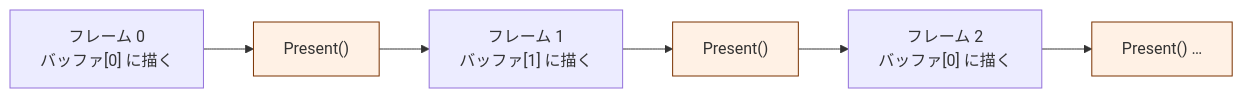
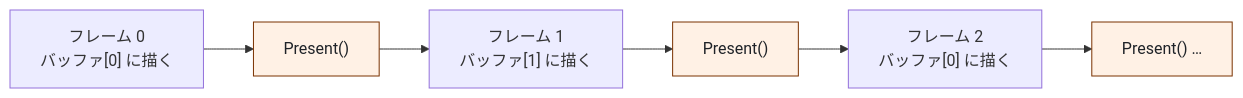
The fourth of 4 diagrams in docs/design/描画フロー.md (Tomonorarari-Think/DirectX12Dev), drawn with Mermaid before and after one commit. The commit also changed other lines of this file and 28 other files, not shown here.

First line of the commit message:
fix: 図の文字が暗色モードで読めなくなる問題を直す

````diff
--- a/docs/design/描画フロー.md
+++ b/docs/design/描画フロー.md
@@ -238,12 +238,12 @@
 ```mermaid
 flowchart LR
     F0["フレーム 0<br/>バッファ[0] に描く"] --> P0["Present()"]
     P0 --> F1["フレーム 1<br/>バッファ[1] に描く"]
     F1 --> P1["Present()"]
     P1 --> F2["フレーム 2<br/>バッファ[0] に描く"]
     F2 --> P2["Present() …"]
 
-    style P0 fill:#fff1e5,stroke:#7a3200
-    style P1 fill:#fff1e5,stroke:#7a3200
-    style P2 fill:#fff1e5,stroke:#7a3200
+    style P0 fill:#fff1e5,stroke:#7a3200,color:#1f2328
+    style P1 fill:#fff1e5,stroke:#7a3200,color:#1f2328
+    style P2 fill:#fff1e5,stroke:#7a3200,color:#1f2328
 ```
````
